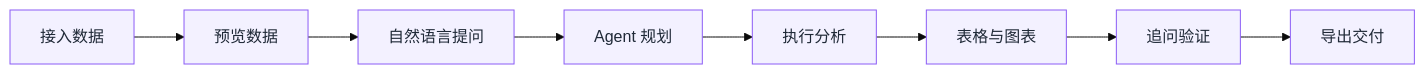
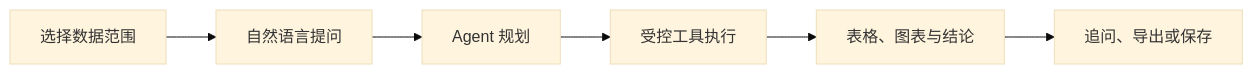
The diagram in README.md (uuuuuu11/data-analysis-agent), drawn with Mermaid (base theme) before and after one commit. The commit also changed other lines of this file and 2 other files, not shown here.

````diff
--- a/README.md
+++ b/README.md
@@ -52,13 +38,8 @@
 ```mermaid
 flowchart LR
-    A[接入数据] --> B[预览数据]
-    B --> C[自然语言提问]
-    C --> D[Agent 规划]
-    D --> E[执行分析]
-    E --> F[表格与图表]
-    F --> G[追问验证]
-    G --> H[导出交付]
-
-    classDef step fill:#F3F1FF,stroke:#8B5CF6,color:#1F2937,stroke-width:1px
-    class A,B,C,D,E,F,G,H step
+    A[选择数据范围] --> B[自然语言提问]
+    B --> C[Agent 规划]
+    C --> D[受控工具执行]
+    D --> E[表格、图表与结论]
+    E --> F[追问、导出或保存]
 ```
````
